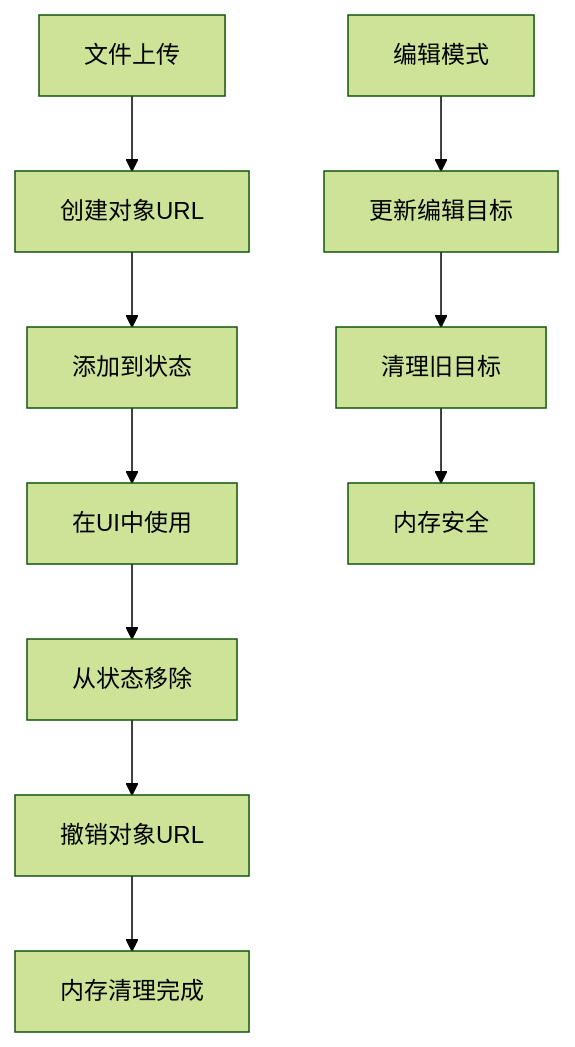
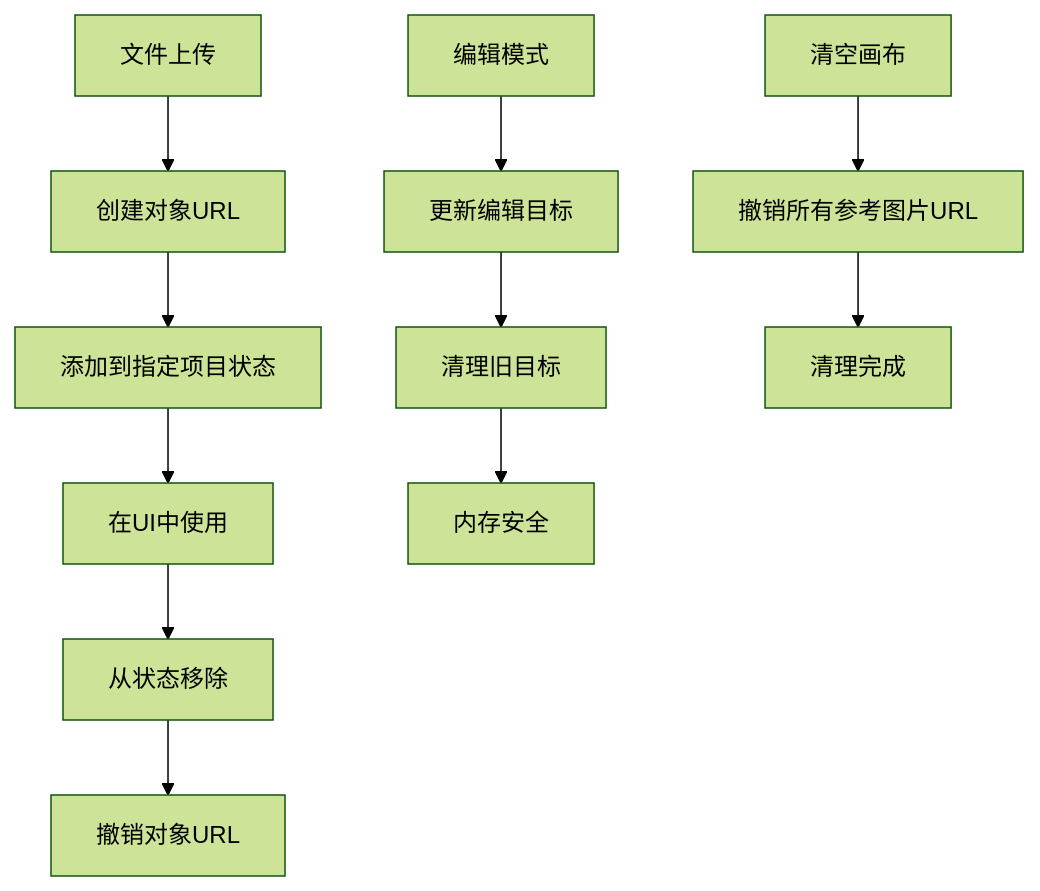
Before and after one commit to billye220670/BananaFlow2: diagram 15 of 16 in .qoder/repowiki/zh/content/状态管理系统.md, drawn with Mermaid (forest theme). The commit also changed other lines of this file and 29 other files, not shown here.

````diff
--- a/.qoder/repowiki/zh/content/状态管理系统.md
+++ b/.qoder/repowiki/zh/content/状态管理系统.md
@@ -444,12 +499,13 @@
 ```mermaid
 flowchart TD
 Upload[文件上传] --> CreateURL[创建对象URL]
-CreateURL --> AddToStore[添加到状态]
+CreateURL --> AddToStore[添加到指定项目状态]
 AddToStore --> UseInUI[在UI中使用]
 UseInUI --> RemoveFromStore[从状态移除]
 RemoveFromStore --> RevokeURL[撤销对象URL]
-RevokeURL --> Cleanup[内存清理完成]
 EditMode[编辑模式] --> UpdateTarget[更新编辑目标]
 UpdateTarget --> CleanupTarget[清理旧目标]
 CleanupTarget --> MemorySafe[内存安全]
+CanvasClear[清空画布] --> RevokeAllRefs[撤销所有参考图片URL]
+RevokeAllRefs --> CleanupComplete[清理完成]
 ```
````
